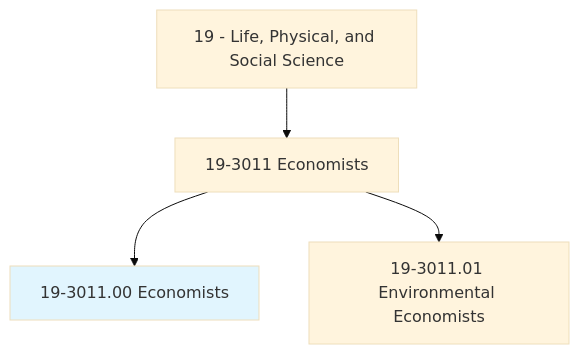
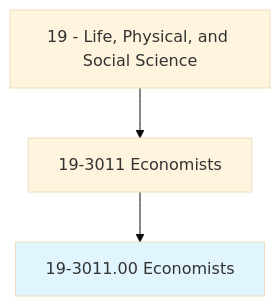
Before and after one commit to kziemski/business.org.ai: the first of 4 diagrams in occupations/Science/Economists.mdx, drawn with Mermaid (base theme). The commit also changed other lines of this file and 938 other files, not shown here.

````diff
--- a/occupations/Science/Economists.mdx
+++ b/occupations/Science/Economists.mdx
@@ -19,7 +23,6 @@
 ```mermaid
 graph TD
     Cat19["19 - Life, Physical, and Social Science"] --> Group193011["19-3011 Economists"]
     Group193011 --> Current["19-3011.00 Economists"]
     style Current fill:#e1f5fe
-    Group193011 --> V19301101["19-3011.01 Environmental Economists"]
 ```
````
